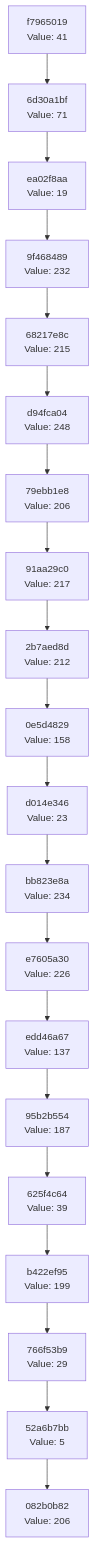
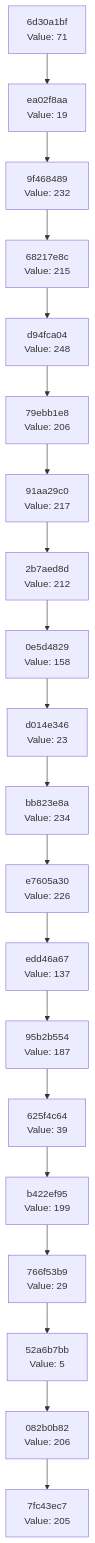
Before and after one commit to Abhisheksinha1506/hash-chain-evolver: the diagram in docs/CHAIN_VISUALIZATION.md, drawn with Mermaid. The commit also changed 2 other files, not shown here.

Commit message:
Evolution Step

````diff
--- a/docs/CHAIN_VISUALIZATION.md
+++ b/docs/CHAIN_VISUALIZATION.md
@@ -3,42 +3,42 @@
 ```mermaid
 graph TD
-    C0["082b0b82<br/>Value: 206"]
-    C1["52a6b7bb<br/>Value: 5"]
+    C0["7fc43ec7<br/>Value: 205"]
+    C1["082b0b82<br/>Value: 206"]
     C1 --> C0
-    C2["766f53b9<br/>Value: 29"]
+    C2["52a6b7bb<br/>Value: 5"]
     C2 --> C1
-    C3["b422ef95<br/>Value: 199"]
+    C3["766f53b9<br/>Value: 29"]
     C3 --> C2
-    C4["625f4c64<br/>Value: 39"]
+    C4["b422ef95<br/>Value: 199"]
     C4 --> C3
-    C5["95b2b554<br/>Value: 187"]
+    C5["625f4c64<br/>Value: 39"]
     C5 --> C4
-    C6["edd46a67<br/>Value: 137"]
+    C6["95b2b554<br/>Value: 187"]
     C6 --> C5
-    C7["e7605a30<br/>Value: 226"]
+    C7["edd46a67<br/>Value: 137"]
     C7 --> C6
-    C8["bb823e8a<br/>Value: 234"]
+    C8["e7605a30<br/>Value: 226"]
     C8 --> C7
-    C9["d014e346<br/>Value: 23"]
+    C9["bb823e8a<br/>Value: 234"]
     C9 --> C8
-    C10["0e5d4829<br/>Value: 158"]
+    C10["d014e346<br/>Value: 23"]
     C10 --> C9
-    C11["2b7aed8d<br/>Value: 212"]
+    C11["0e5d4829<br/>Value: 158"]
     C11 --> C10
-    C12["91aa29c0<br/>Value: 217"]
+    C12["2b7aed8d<br/>Value: 212"]
     C12 --> C11
-    C13["79ebb1e8<br/>Value: 206"]
+    C13["91aa29c0<br/>Value: 217"]
     C13 --> C12
-    C14["d94fca04<br/>Value: 248"]
+    C14["79ebb1e8<br/>Value: 206"]
     C14 --> C13
-    C15["68217e8c<br/>Value: 215"]
+    C15["d94fca04<br/>Value: 248"]
     C15 --> C14
-    C16["9f468489<br/>Value: 232"]
+    C16["68217e8c<br/>Value: 215"]
     C16 --> C15
-    C17["ea02f8aa<br/>Value: 19"]
+    C17["9f468489<br/>Value: 232"]
     C17 --> C16
-    C18["6d30a1bf<br/>Value: 71"]
+    C18["ea02f8aa<br/>Value: 19"]
     C18 --> C17
-    C19["f7965019<br/>Value: 41"]
+    C19["6d30a1bf<br/>Value: 71"]
     C19 --> C18
 ```
````
